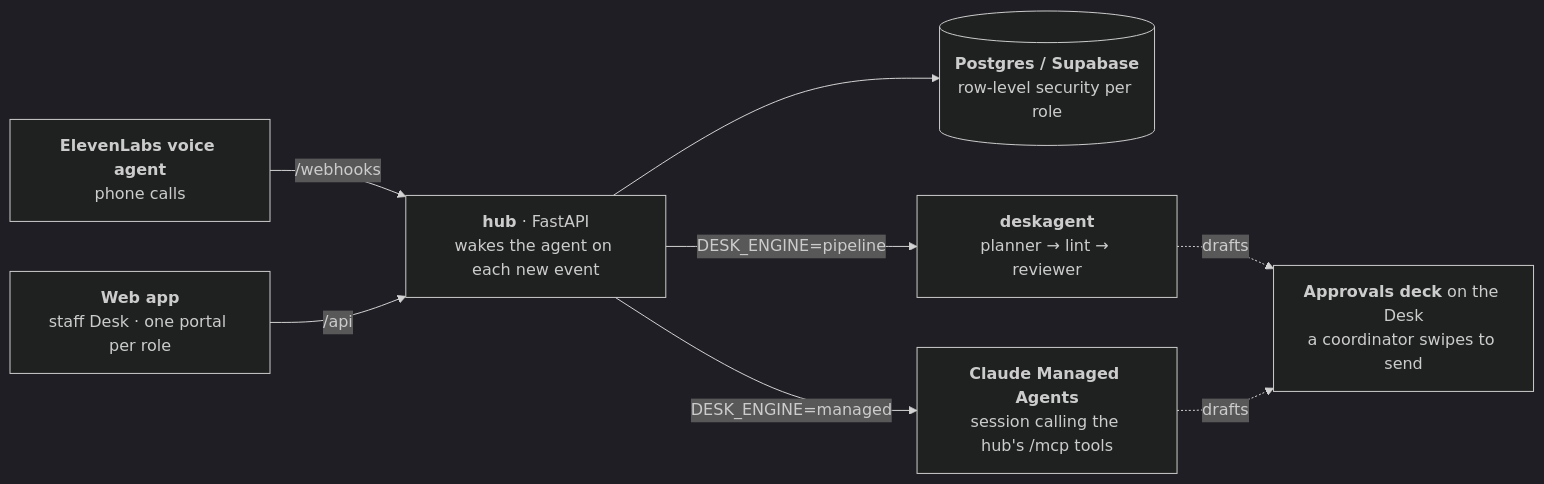
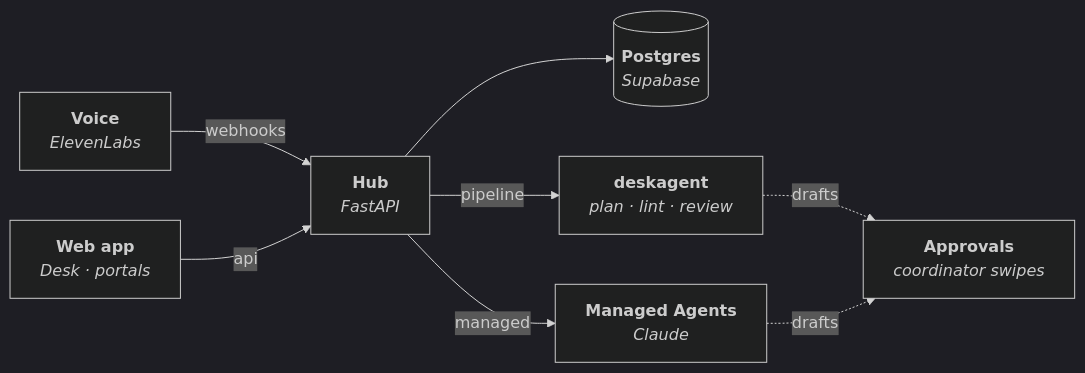
Before and after one commit to workonthestreets/greatagent: the second of 2 diagrams in README.md, drawn with Mermaid (dark theme). The commit also changed other lines of this file and 1 other file, not shown here.

First line of the commit message:
README: fold every section into toggles, compact diagram, demo preview, live link

````diff
--- a/README.md
+++ b/README.md
@@ -211,10 +245,10 @@
 ```mermaid
 flowchart LR
-    voice["<b>ElevenLabs voice agent</b><br/>phone calls"] -->|"/webhooks"| hub
-    web["<b>Web app</b><br/>staff Desk · one portal per role"] -->|"/api"| hub
-    hub["<b>hub</b> · FastAPI<br/>wakes the agent on each new event"] --> db[("<b>Postgres / Supabase</b><br/>row-level security per role")]
-    hub -->|"DESK_ENGINE=pipeline"| pipe["<b>deskagent</b><br/>planner → lint → reviewer"]
-    hub -->|"DESK_ENGINE=managed"| managed["<b>Claude Managed Agents</b><br/>session calling the hub's /mcp tools"]
-    pipe -.->|drafts| approvals["<b>Approvals deck</b> on the Desk<br/>a coordinator swipes to send"]
+    voice["<b>Voice</b><br/><i>ElevenLabs</i>"] -->|webhooks| hub
+    web["<b>Web app</b><br/><i>Desk · portals</i>"] -->|api| hub
+    hub["<b>Hub</b><br/><i>FastAPI</i>"] --> db[("<b>Postgres</b><br/><i>Supabase</i>")]
+    hub -->|pipeline| pipe["<b>deskagent</b><br/><i>plan · lint · review</i>"]
+    hub -->|managed| managed["<b>Managed Agents</b><br/><i>Claude</i>"]
+    pipe -.->|drafts| approvals["<b>Approvals</b><br/><i>coordinator swipes</i>"]
     managed -.->|drafts| approvals
 ```
````
